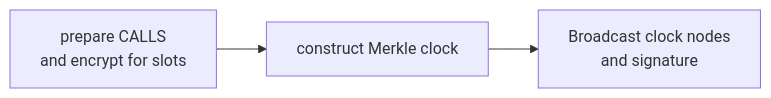
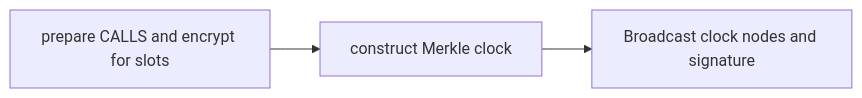
The third of 9 diagrams in applications/etf_network.md (ideal-lab5/Grants-Program), drawn with Mermaid before and after one commit. The commit also changed other lines of this file, not shown here.

Commit message:
simple mermaid

````diff
--- a/applications/etf_network.md
+++ b/applications/etf_network.md
@@ -83,7 +89,5 @@
 ```mermaid
 graph LR;
-   A[prepare CALLS 
-   and encrypt for slots]-->B[construct Merkle clock];
-   B-->C[Broadcast clock nodes
-      and signature];
+   A[prepare CALLS and encrypt for slots]-->B[construct Merkle clock];
+   B-->C[Broadcast clock nodes and signature];
 ```
````
